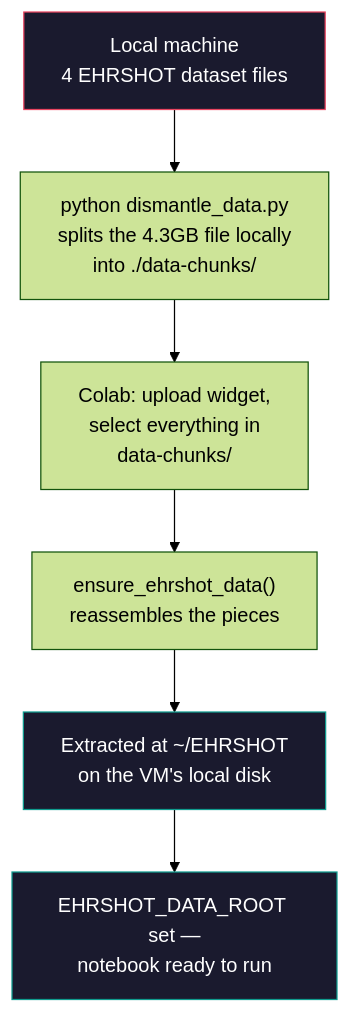
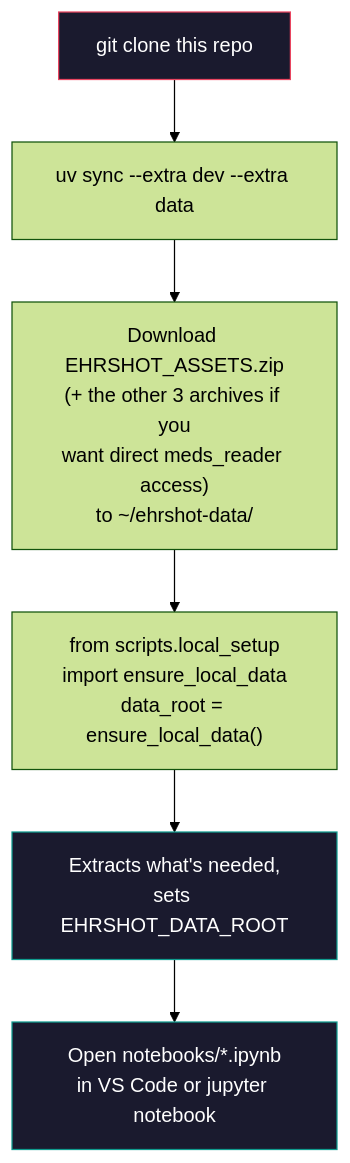
One commit to patient-graph-lab/ehrshot-patient-graphs changed the diagram in README.md. Above: the diagram before and after it, drawn with Mermaid (forest theme). The commit also changed other lines of this file and 13 other files, not shown here.

````diff
--- a/README.md
+++ b/README.md
@@ -76,12 +78,12 @@
 ```mermaid
 flowchart TD
-    A["Local machine<br/>4 EHRSHOT dataset files"] --> B["python dismantle_data.py<br/>splits the 4.3GB file locally<br/>into ./data-chunks/"]
-    B --> C["Colab: upload widget,<br/>select everything in<br/>data-chunks/"]
-    C --> D["ensure_ehrshot_data()<br/>reassembles the pieces"]
-    D --> E["Extracted at ~/EHRSHOT<br/>on the VM's local disk"]
-    E --> F["EHRSHOT_DATA_ROOT set —<br/>notebook ready to run"]
+    A["git clone this repo"] --> B["uv sync --extra dev --extra data"]
+    B --> C["Download EHRSHOT_ASSETS.zip<br/>(+ the other 3 archives if you<br/>want direct meds_reader access)<br/>to ~/ehrshot-data/"]
+    C --> D["from scripts.local_setup<br/>import ensure_local_data<br/>data_root = ensure_local_data()"]
+    D --> E["Extracts what's needed,<br/>sets EHRSHOT_DATA_ROOT"]
+    E --> F["Open notebooks/*.ipynb<br/>in VS Code or jupyter notebook"]
 
     style A fill:#1a1a2e,stroke:#e94560,color:#fff
     style E fill:#1a1a2e,stroke:#0f9b8e,color:#fff
     style F fill:#1a1a2e,stroke:#0f9b8e,color:#fff
 ```
````
